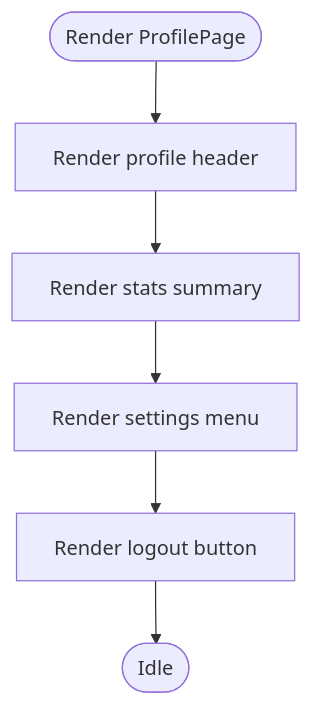
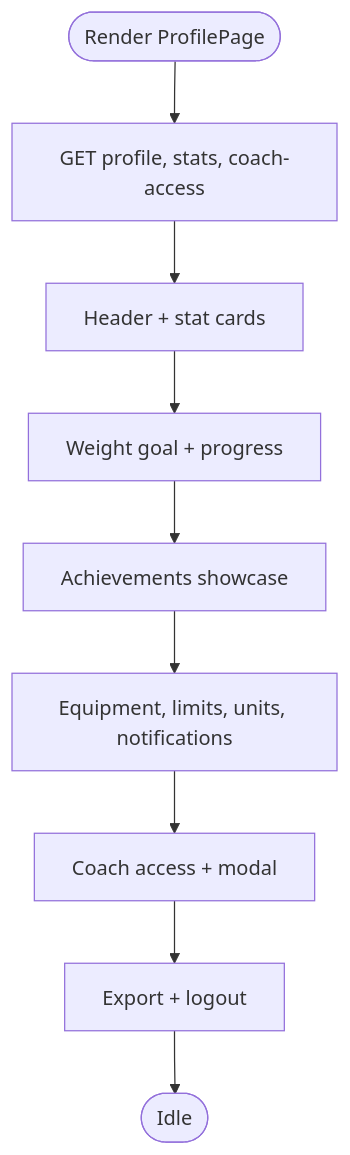
Before and after one commit to nilsnavi/fit_trackerpro: the sixth of 10 diagrams in .qoder/repowiki/en/content/Frontend Component Architecture/Page Components/Page Components.md, drawn with Mermaid. The commit also changed other lines of this file and 9 other files, not shown here.

First line of the commit message:
Профиль: один экран ProfilePage и актуализация документации qoder

````diff
--- a/.qoder/repowiki/en/content/Frontend Component Architecture/Page Components/Page Components.md
+++ b/.qoder/repowiki/en/content/Frontend Component Architecture/Page Components/Page Components.md
@@ -232,8 +235,11 @@
 ```mermaid
 flowchart TD
-Start(["Render ProfilePage"]) --> Header["Render profile header"]
-Header --> Stats["Render stats summary"]
-Stats --> Menu["Render settings menu"]
-Menu --> Logout["Render logout button"]
-Logout --> End(["Idle"])
+Start(["Render ProfilePage"]) --> Load["GET profile, stats, coach-access"]
+Load --> Header["Header + stat cards"]
+Header --> Weight["Weight goal + progress"]
+Weight --> Ach["Achievements showcase"]
+Ach --> Settings["Equipment, limits, units, notifications"]
+Settings --> Coach["Coach access + modal"]
+Coach --> Actions["Export + logout"]
+Actions --> End(["Idle"])
 ```
````
